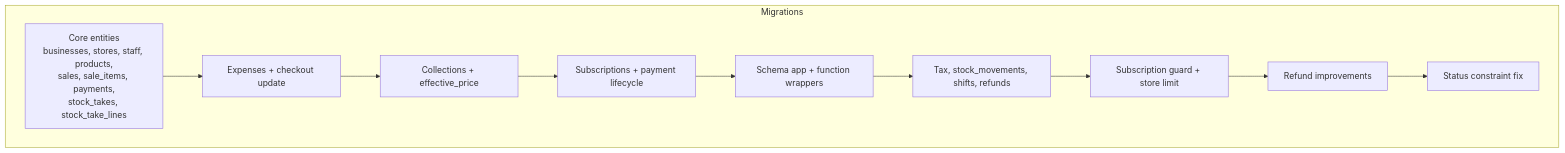
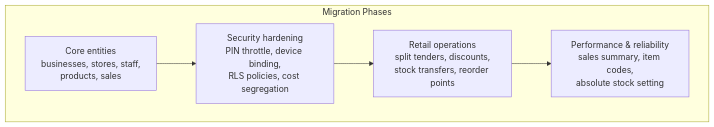
Before and after one commit to themclloyd/storq: the first of 4 diagrams in .qoder/repowiki/en/content/Database Schema Design.md, drawn with Mermaid. The commit also changed other lines of this file and 45 other files, not shown here.

First line of the commit message:
feat(database): enhance POS schema with security and retail operations

````diff
--- a/.qoder/repowiki/en/content/Database Schema Design.md
+++ b/.qoder/repowiki/en/content/Database Schema Design.md
@@ -38,15 +61,10 @@
 ```mermaid
 graph TB
-subgraph "Migrations"
-M1["Core entities<br/>businesses, stores, staff, products,<br/>sales, sale_items, payments,<br/>stock_takes, stock_take_lines"]
-M2["Expenses + checkout update"]
-M3["Collections + effective_price"]
-M4["Subscriptions + payment lifecycle"]
-M5["Schema app + function wrappers"]
-M6["Tax, stock_movements, shifts, refunds"]
-M7["Subscription guard + store limit"]
-M8["Refund improvements"]
-M9["Status constraint fix"]
+subgraph "Migration Phases"
+M1["Core entities<br/>businesses, stores, staff,<br/>products, sales"]
+M2["Security hardening<br/>PIN throttle, device binding,<br/>RLS policies, cost segregation"]
+M3["Retail operations<br/>split tenders, discounts,<br/>stock transfers, reorder points"]
+M4["Performance & reliability<br/>sales summary, item codes,<br/>absolute stock setting"]
 end
-M1 --> M2 --> M3 --> M4 --> M5 --> M6 --> M7 --> M8 --> M9
+M1 --> M2 --> M3 --> M4
 ```
````
